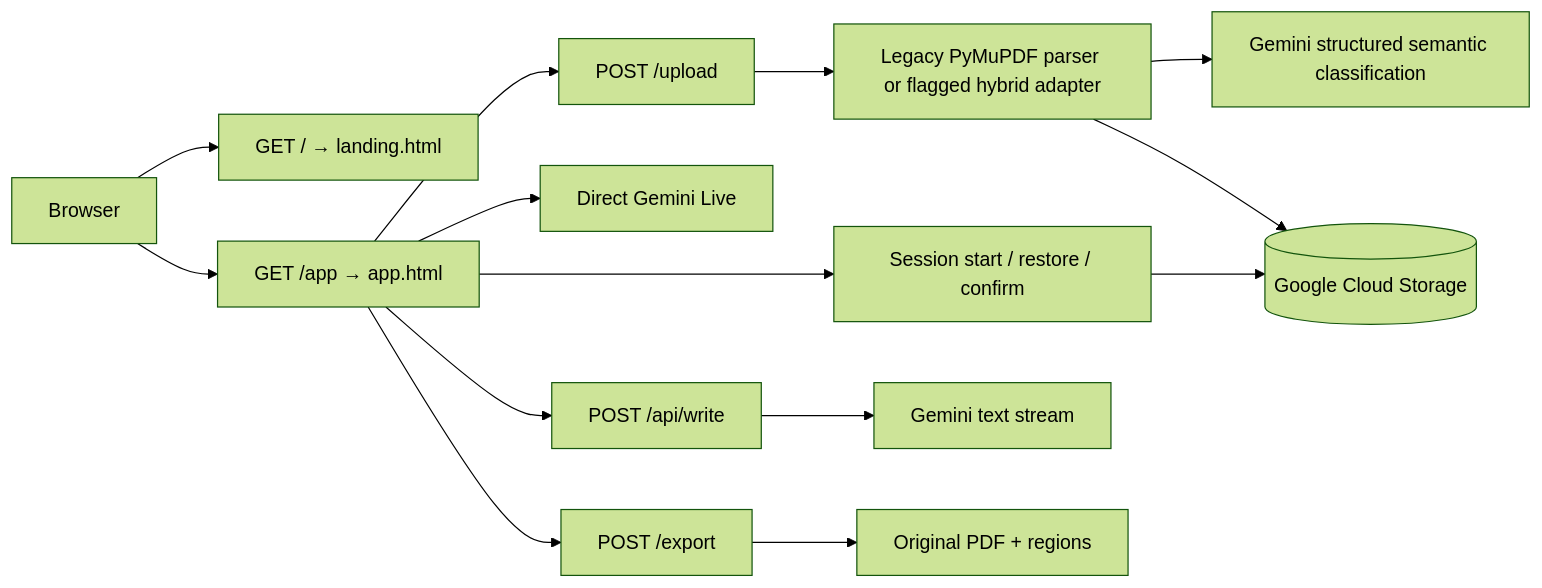
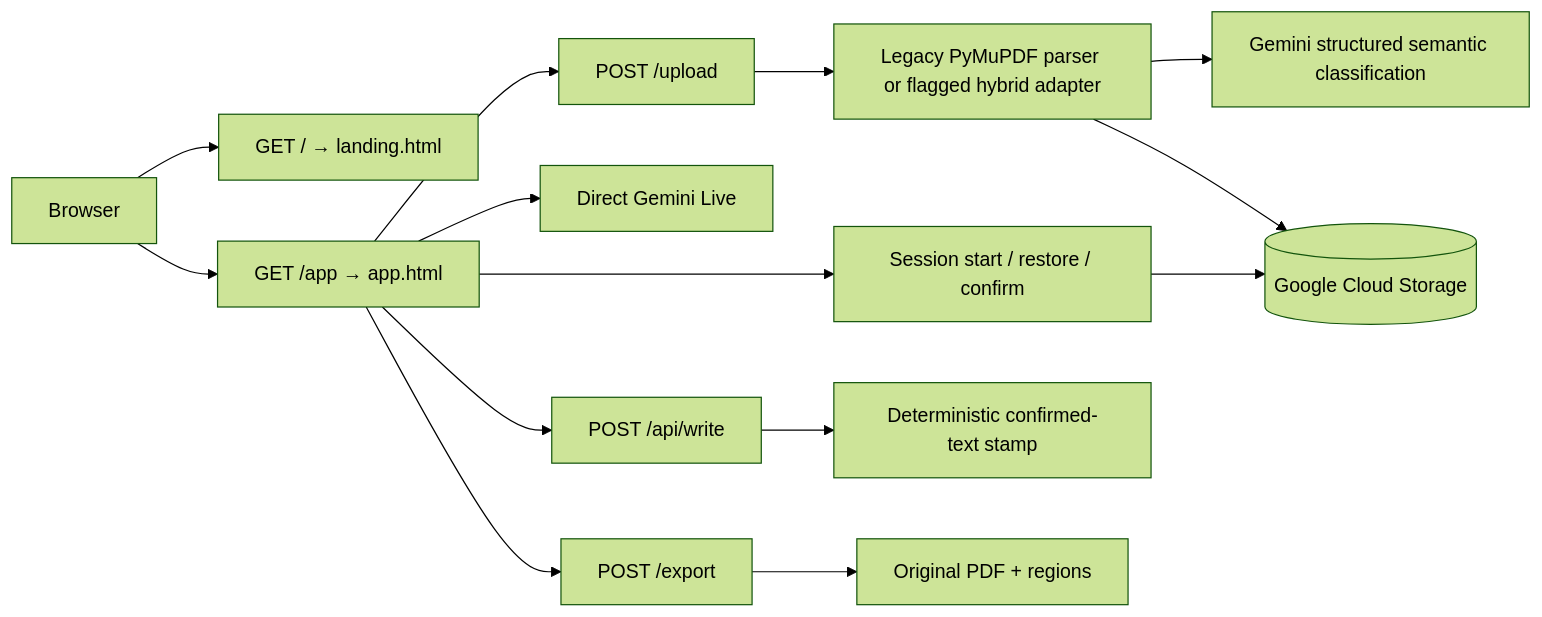
One commit to ChimdumebiNebolisa/Claros changed the diagram in README.md. Above: the diagram before and after it, drawn with Mermaid (forest theme). The commit also changed other lines of this file and 44 other files, not shown here.

````diff
--- a/README.md
+++ b/README.md
@@ -64,16 +64,16 @@
 ```mermaid
 flowchart LR
   Browser[Browser] --> Landing[GET / → landing.html]
   Browser --> App[GET /app → app.html]
   App --> Upload[POST /upload]
   Upload --> Parser[Legacy PyMuPDF parser or flagged hybrid adapter]
   Parser --> Semantics[Gemini structured semantic classification]
   Parser --> Storage[(Google Cloud Storage)]
   App --> Session[Session start / restore / confirm]
   Session --> Storage
   App --> Live[Direct Gemini Live]
   App --> Write[POST /api/write]
-  Write --> Gemini[Gemini text stream]
+  Write --> Stamp[Deterministic confirmed-text stamp]
   App --> Export[POST /export]
   Export --> PDF[Original PDF + regions]
 ```
````
